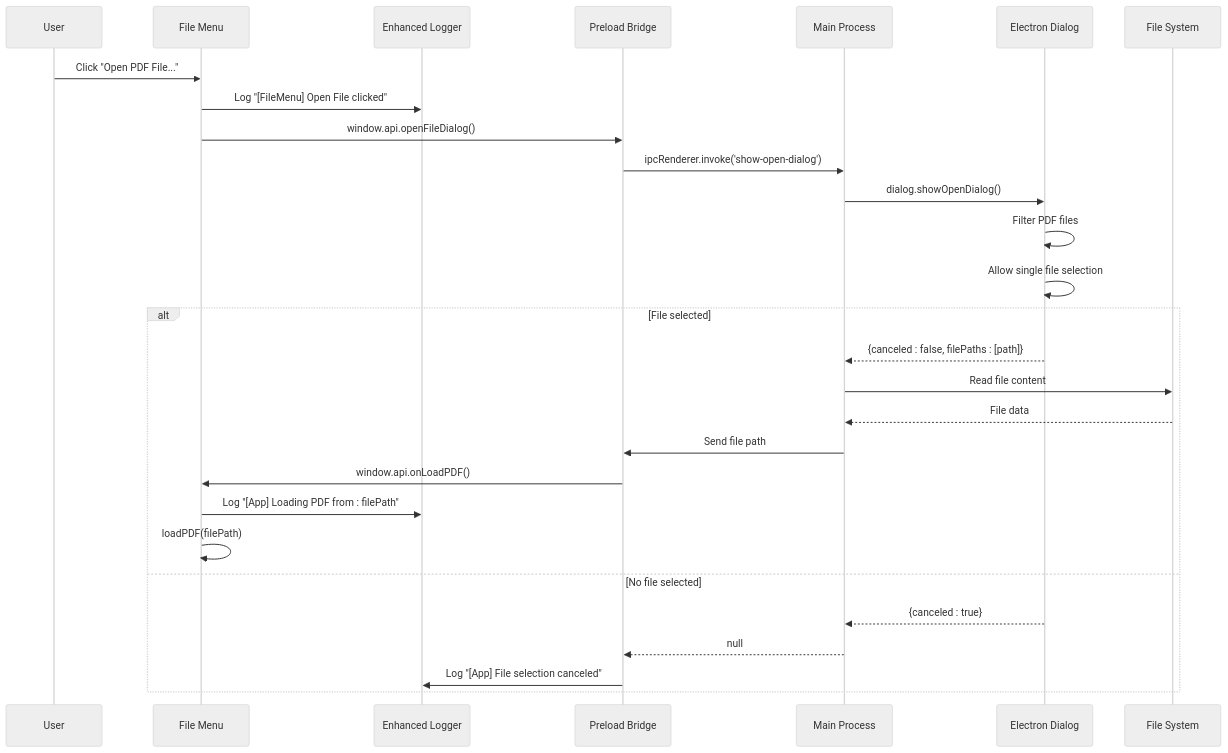
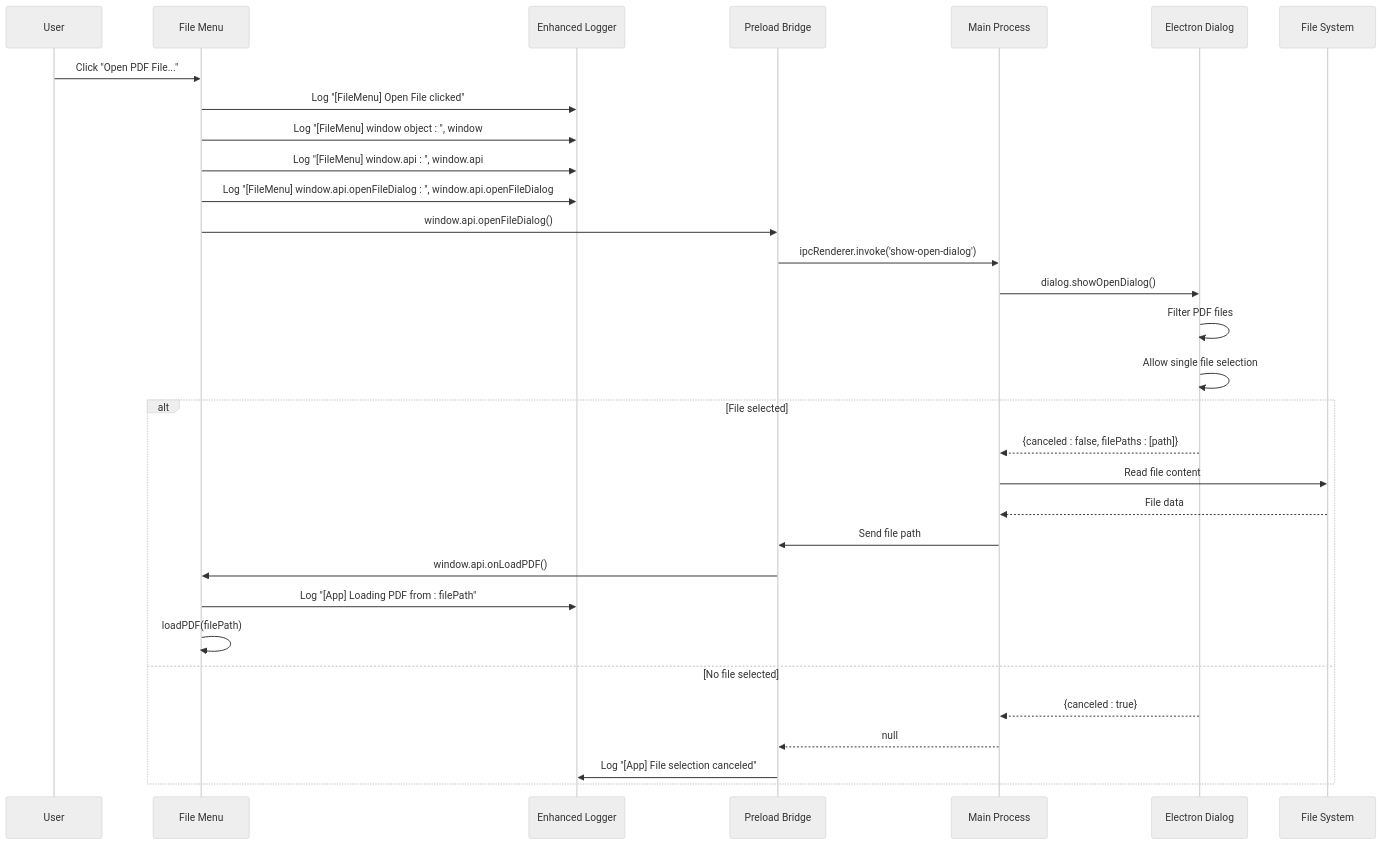
Before and after one commit to Chunde/SciPDFReader: the fifth of 7 diagrams in .qoder/repowiki/en/content/Core Components/File Menu System.md, drawn with Mermaid (neutral theme). The commit also changed other lines of this file and 1 other file, not shown here.

````diff
--- a/.qoder/repowiki/en/content/Core Components/File Menu System.md
+++ b/.qoder/repowiki/en/content/Core Components/File Menu System.md
@@ -260,30 +314,33 @@
 ```mermaid
 sequenceDiagram
 participant User as User
 participant Menu as File Menu
 participant Logger as Enhanced Logger
 participant Preload as Preload Bridge
 participant Main as Main Process
 participant Dialog as Electron Dialog
 participant FS as File System
 User->>Menu : Click "Open PDF File..."
 Menu->>Logger : Log "[FileMenu] Open File clicked"
+Menu->>Logger : Log "[FileMenu] window object : ", window
+Menu->>Logger : Log "[FileMenu] window.api : ", window.api
+Menu->>Logger : Log "[FileMenu] window.api.openFileDialog : ", window.api.openFileDialog
 Menu->>Preload : window.api.openFileDialog()
 Preload->>Main : ipcRenderer.invoke('show-open-dialog')
 Main->>Dialog : dialog.showOpenDialog()
 Dialog->>Dialog : Filter PDF files
 Dialog->>Dialog : Allow single file selection
 alt File selected
 Dialog-->>Main : {canceled : false, filePaths : [path]}
 Main->>FS : Read file content
 FS-->>Main : File data
 Main->>Preload : Send file path
 Preload->>Menu : window.api.onLoadPDF()
 Menu->>Logger : Log "[App] Loading PDF from : filePath"
 Menu->>Menu : loadPDF(filePath)
 else No file selected
 Dialog-->>Main : {canceled : true}
 Main-->>Preload : null
 Preload->>Logger : Log "[App] File selection canceled"
 end
 ```
````
